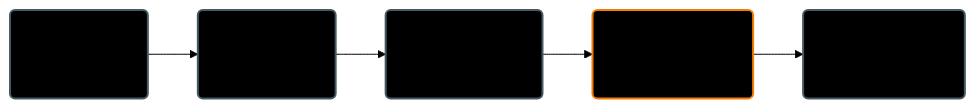
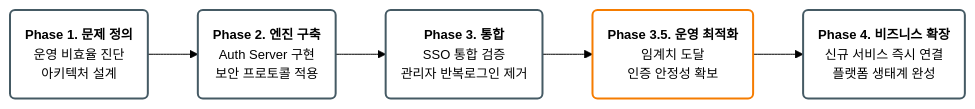
The first of 2 diagrams in README.md (hello-pebble/base-auth), drawn with Mermaid (forest theme) before and after one commit. The commit also changed 96 other files, not shown here.

````diff
--- a/README.md
+++ b/README.md
@@ -2,32 +2,32 @@
 ```mermaid
 graph LR
     %% 단계 정의
     Step1(<b>Phase 1. 문제 정의</b><br/>운영 비효율 진단<br/>아키텍처 설계)
     Step2(<b>Phase 2. 엔진 구축</b><br/>Auth Server 구현<br/>보안 프로토콜 적용)
     Step3(<b>Phase 3. 통합</b><br/>SSO 통합 검증<br/>관리자 반복로그인 제거)
     Step3.5(<b>Phase 3.5. 운영 최적화</b><br/>임계치 도달<br/>인증 안정성 확보)
     Step4(<b>Phase 4. 비즈니스 확장</b><br/>신규 서비스 즉시 연결<br/>플랫폼 생태계 완성)
 
     %% 흐름 연결
     Step1 --> Step2
     Step2 -->Step3
     Step3 -->Step3.5
     Step3.5 -->Step4
 
     %% 스타일링
-    style Step1 fill:#000000,stroke:#455a64,stroke-width:2px
-    style Step2 fill:#000000,stroke:#455a64,stroke-width:2px
-    style Step3 fill:#000000,stroke:#455a64,stroke-width:2px
-    style Step3.5 fill:#000000,stroke:#f57c00,stroke-width:2px
-    style Step4 fill:#000000,stroke:#455a64,stroke-width:2px
+    style Step1 fill:#ffffff,color:#000000,stroke:#455a64,stroke-width:2px
+    style Step2 fill:#ffffff,color:#000000,stroke:#455a64,stroke-width:2px
+    style Step3 fill:#ffffff,color:#000000,stroke:#455a64,stroke-width:2px
+    style Step3.5 fill:#ffffff,color:#000000,stroke:#f57c00,stroke-width:2px
+    style Step4 fill:#ffffff,color:#000000,stroke:#455a64,stroke-width:2px
 
     %% 하단 주석 대신 방향성 표시
     classDef default font-family:Arial,font-size:13px;
 
     %% 클릭 이벤트 추가
     click Step1 "./docs/phase/phase1.md"
     click Step2 "./docs/phase/phase2.md"
     click Step3 "./docs/phase/phase3.md"
     click Step3.5 "./docs/phase/phase3_5.md"
     click Step4 "./docs/phase/phase4.md"
 ```
````
